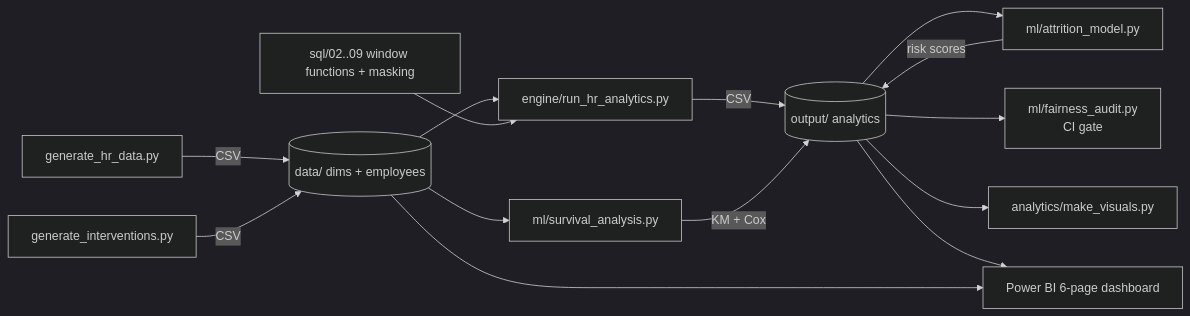
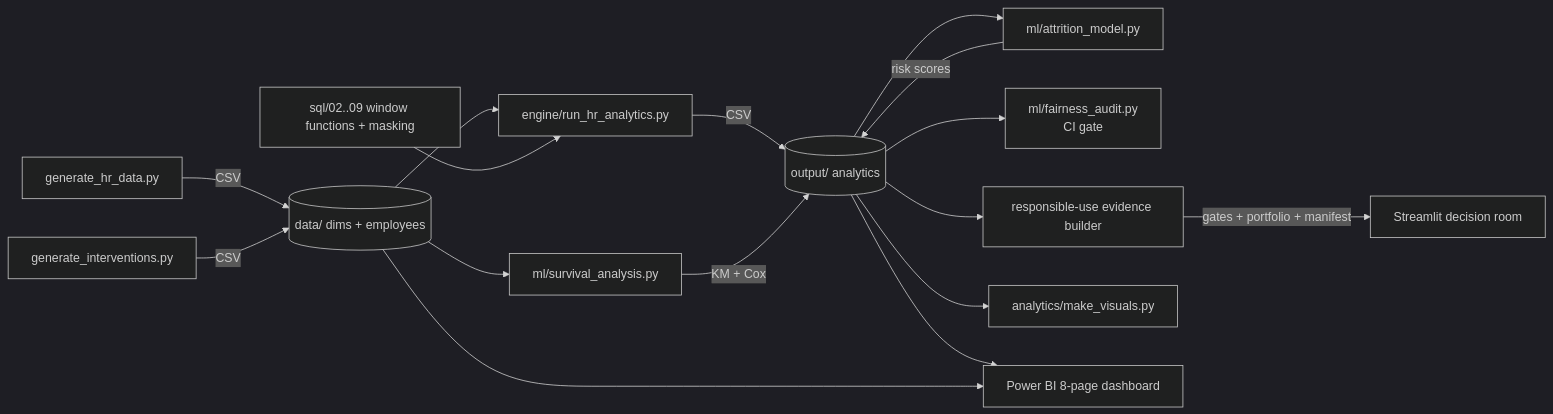
The diagram in README.md (KushPatel29/hr-attrition-analytics), drawn with Mermaid (dark theme) before and after one commit. The commit also changed other lines of this file and 21 other files, not shown here.

Commit message:
Add governed workforce decision room

````diff
--- a/README.md
+++ b/README.md
@@ -447,16 +482,18 @@
 ```mermaid
 flowchart LR
     GEN[generate_hr_data.py] -->|CSV| DATA[(data/ dims + employees)]
     INT[generate_interventions.py] -->|CSV| DATA
     DATA --> ENG[engine/run_hr_analytics.py]
     SQL[sql/02..09 window functions + masking] --> ENG
     ENG -->|CSV| OUT[(output/ analytics)]
     OUT --> ML[ml/attrition_model.py]
     ML -->|risk scores| OUT
     OUT --> FAIR[ml/fairness_audit.py<br/>CI gate]
     DATA --> SURV[ml/survival_analysis.py]
     SURV -->|KM + Cox| OUT
+    OUT --> GOV[responsible-use evidence builder]
+    GOV -->|gates + portfolio + manifest| APP[Streamlit decision room]
     OUT --> VIZ[analytics/make_visuals.py]
-    OUT --> PBI[Power BI 6-page dashboard]
+    OUT --> PBI[Power BI 8-page dashboard]
     DATA --> PBI
 ```
````
